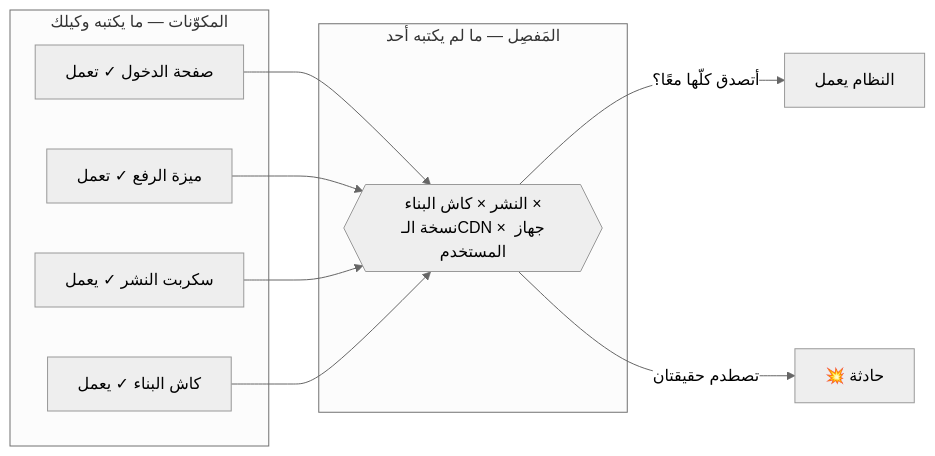
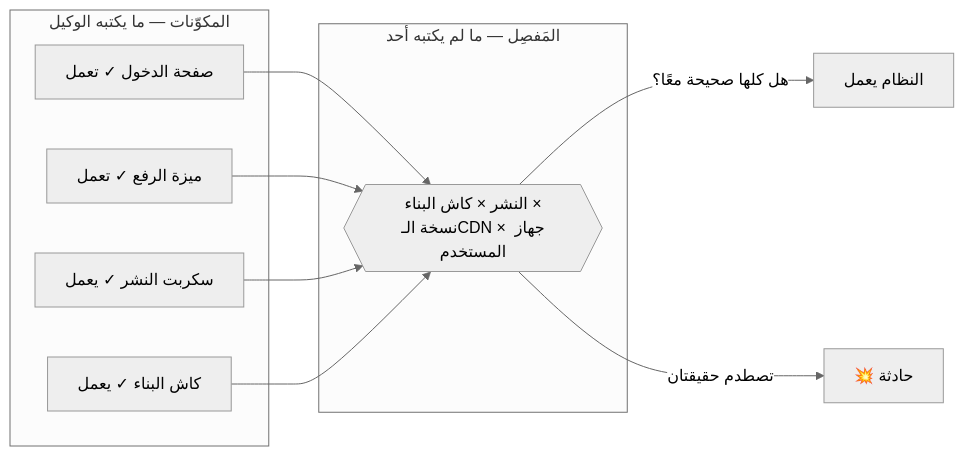
Before and after one commit to Tamoura/system-design-for-vibe-coders: the first of 3 diagrams in modules/0-the-gap/the-gap.ar.md, drawn with Mermaid (neutral theme). The commit also changed other lines of this file and 5 other files, not shown here.

````diff
--- a/modules/0-the-gap/the-gap.ar.md
+++ b/modules/0-the-gap/the-gap.ar.md
@@ -21,15 +21,15 @@
 ```mermaid
 flowchart LR
-    subgraph comp["المكوّنات — ما يكتبه وكيلك"]
+    subgraph comp["المكوّنات — ما يكتبه الوكيل"]
         A["صفحة الدخول ✓ تعمل"]
         B["ميزة الرفع ✓ تعمل"]
         C["سكربت النشر ✓ يعمل"]
         D["كاش البناء ✓ يعمل"]
     end
     subgraph seam["المَفصِل — ما لم يكتبه أحد"]
         S{{"النشر × كاش البناء ×<br/>نسخة الـCDN × جهاز المستخدم"}}
     end
     A & B & C & D --> S
-    S -->|"أتصدق كلُّها معًا؟"| OK["النظام يعمل"]
+    S -->|"هل كلها صحيحة معًا؟"| OK["النظام يعمل"]
     S -->|"تصطدم حقيقتان"| BOOM["💥 حادثة"]
 ```
````
